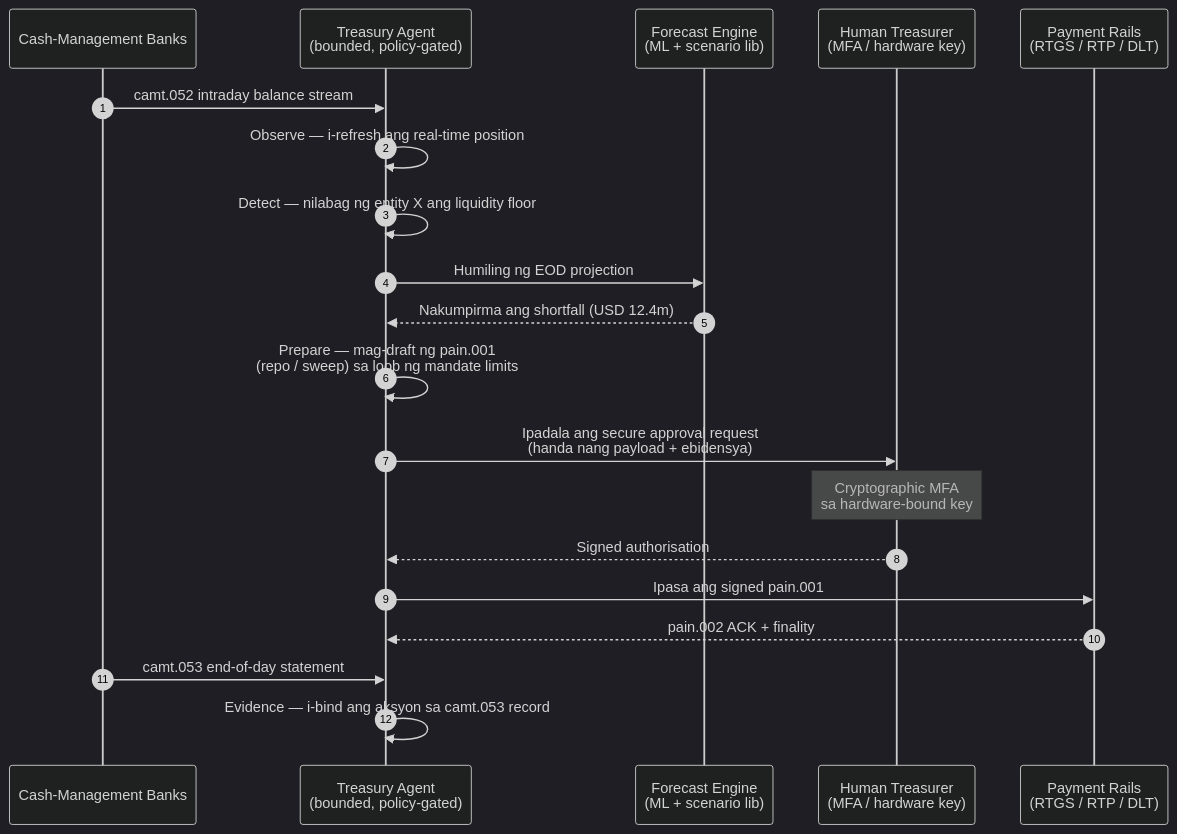
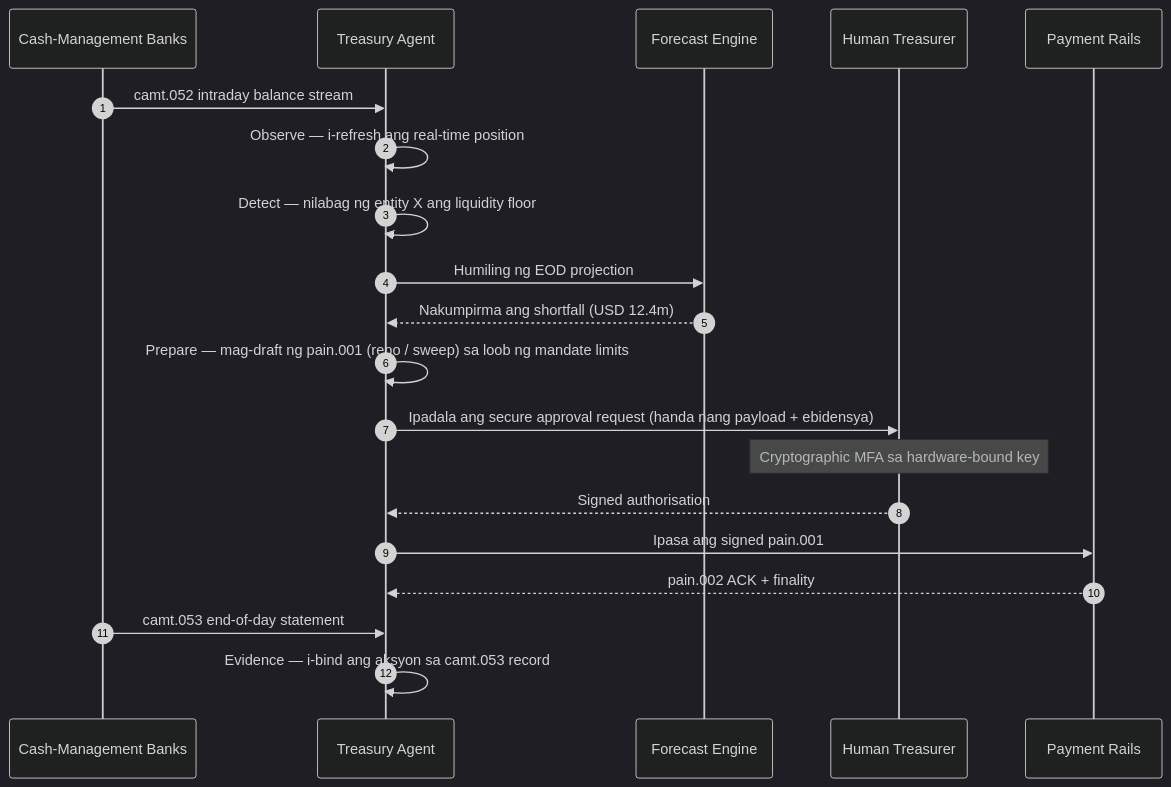
The diagram in _posts/fil/2026-06-07-autonomous-treasury-index-programmable-liquidity-tokenised-deposits-2026.md (sebastienrousseau/sebastienrousseau.github.io), drawn with Mermaid (dark theme) before and after one commit. The commit also changed 2231 other files, not shown here.

First line of the commit message:
fix(mermaid): unblock Mermaid v10 rendering end-to-end (#198)

````diff
--- a/_posts/fil/2026-06-07-autonomous-treasury-index-programmable-liquidity-tokenised-deposits-2026.md
+++ b/_posts/fil/2026-06-07-autonomous-treasury-index-programmable-liquidity-tokenised-deposits-2026.md
@@ -151,23 +151,22 @@
 ```mermaid
 sequenceDiagram
     autonumber
     participant Banks as Cash-Management Banks
-    participant Agent as Treasury Agent<br/>(bounded, policy-gated)
-    participant Forecast as Forecast Engine<br/>(ML + scenario lib)
-    participant Treasurer as Human Treasurer<br/>(MFA / hardware key)
-    participant Rails as Payment Rails<br/>(RTGS / RTP / DLT)
-
+    participant Agent as Treasury Agent
+    participant Forecast as Forecast Engine
+    participant Treasurer as Human Treasurer
+    participant Rails as Payment Rails
     Banks->>Agent: camt.052 intraday balance stream
     Agent->>Agent: Observe — i-refresh ang real-time position
     Agent->>Agent: Detect — nilabag ng entity X ang liquidity floor
     Agent->>Forecast: Humiling ng EOD projection
     Forecast-->>Agent: Nakumpirma ang shortfall (USD 12.4m)
-    Agent->>Agent: Prepare — mag-draft ng pain.001<br/>(repo / sweep) sa loob ng mandate limits
-    Agent->>Treasurer: Ipadala ang secure approval request<br/>(handa nang payload + ebidensya)
-    Note over Treasurer: Cryptographic MFA<br/>sa hardware-bound key
+    Agent->>Agent: Prepare — mag-draft ng pain.001 (repo / sweep) sa loob ng mandate limits
+    Agent->>Treasurer: Ipadala ang secure approval request (handa nang payload + ebidensya)
+    Note over Treasurer: Cryptographic MFA sa hardware-bound key
     Treasurer-->>Agent: Signed authorisation
     Agent->>Rails: Ipasa ang signed pain.001
     Rails-->>Agent: pain.002 ACK + finality
     Banks->>Agent: camt.053 end-of-day statement
     Agent->>Agent: Evidence — i-bind ang aksyon sa camt.053 record
 ```
````
